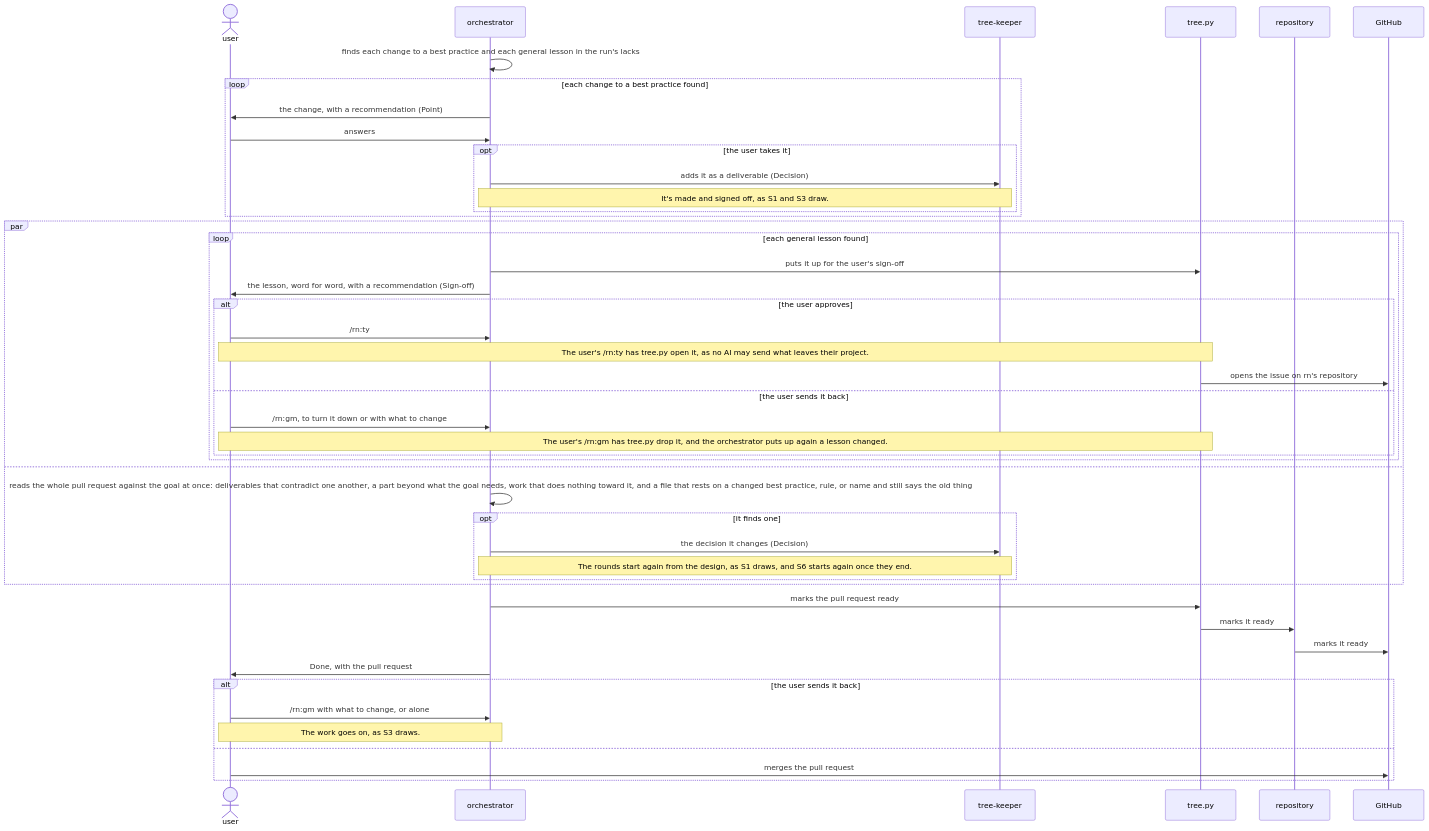
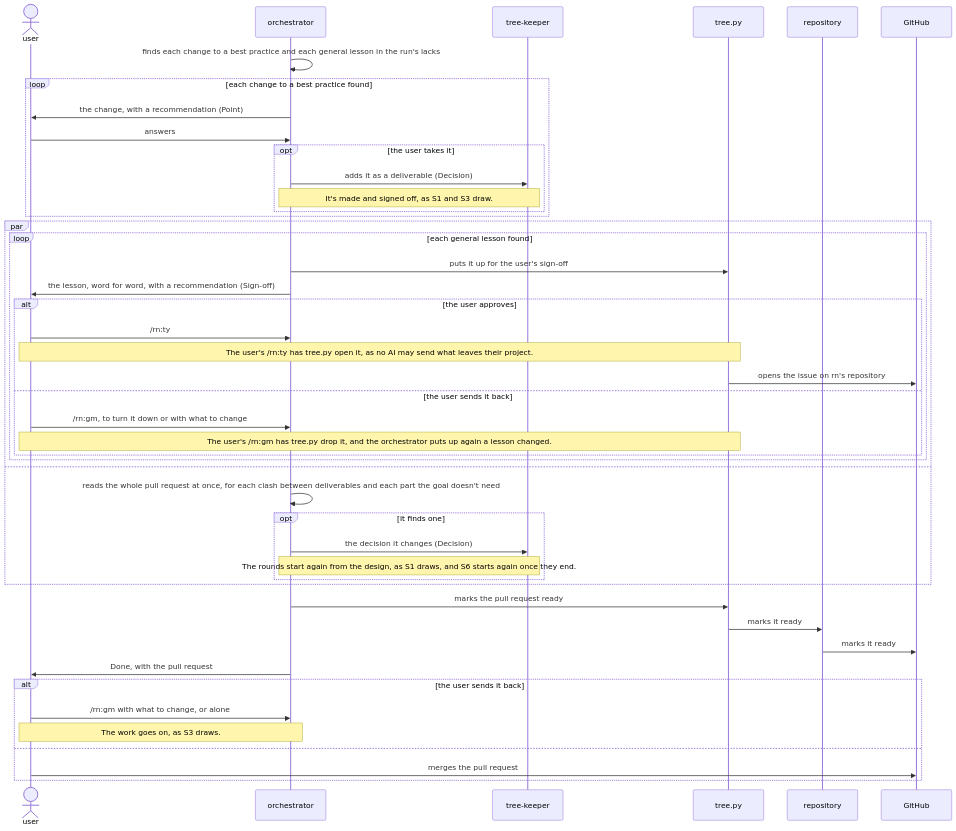
One commit to lovaizu/ccpm changed the sixth of 6 diagrams in dev/rn/architecture.md. Above: the diagram before and after it, drawn with Mermaid. The commit also changed other lines of this file and 19 other files, not shown here.

````diff
--- a/dev/rn/architecture.md
+++ b/dev/rn/architecture.md
@@ -429,48 +448,48 @@
 ```mermaid
 sequenceDiagram
   actor U as user
   participant O as orchestrator
   participant K as tree-keeper
   participant T as tree.py
   participant RP as repository
   participant GH as GitHub
   O->>O: finds each change to a best practice and each general lesson in the run's lacks
   loop each change to a best practice found
     O->>U: the change, with a recommendation (Point)
     U->>O: answers
     opt the user takes it
       O->>K: adds it as a deliverable (Decision)
       Note over O,K: It's made and signed off, as S1 and S3 draw.
     end
   end
   par
     loop each general lesson found
       O->>T: puts it up for the user's sign-off
       O->>U: the lesson, word for word, with a recommendation (Sign-off)
       alt the user approves
         U->>O: /rn:ty
         Note over U,T: The user's /rn:ty has tree.py open it, as no AI may send what leaves their project.
         T->>GH: opens the issue on rn's repository
       else the user sends it back
         U->>O: /rn:gm, to turn it down or with what to change
         Note over U,T: The user's /rn:gm has tree.py drop it, and the orchestrator puts up again a lesson changed.
       end
     end
   and
-    O->>O: reads the whole pull request against the goal at once: deliverables that contradict one another, a part beyond what the goal needs, work that does nothing toward it, and a file that rests on a changed best practice, rule, or name and still says the old thing
+    O->>O: reads the whole pull request at once, for each clash between deliverables and each part the goal doesn't need
     opt it finds one
       O->>K: the decision it changes (Decision)
       Note over O,K: The rounds start again from the design, as S1 draws, and S6 starts again once they end.
     end
   end
   O->>T: marks the pull request ready
   T->>RP: marks it ready
   RP->>GH: marks it ready
   O->>U: Done, with the pull request
   alt the user sends it back
     U->>O: /rn:gm with what to change, or alone
     Note over U,O: The work goes on, as S3 draws.
   else
     U->>GH: merges the pull request
   end
 ```
````
